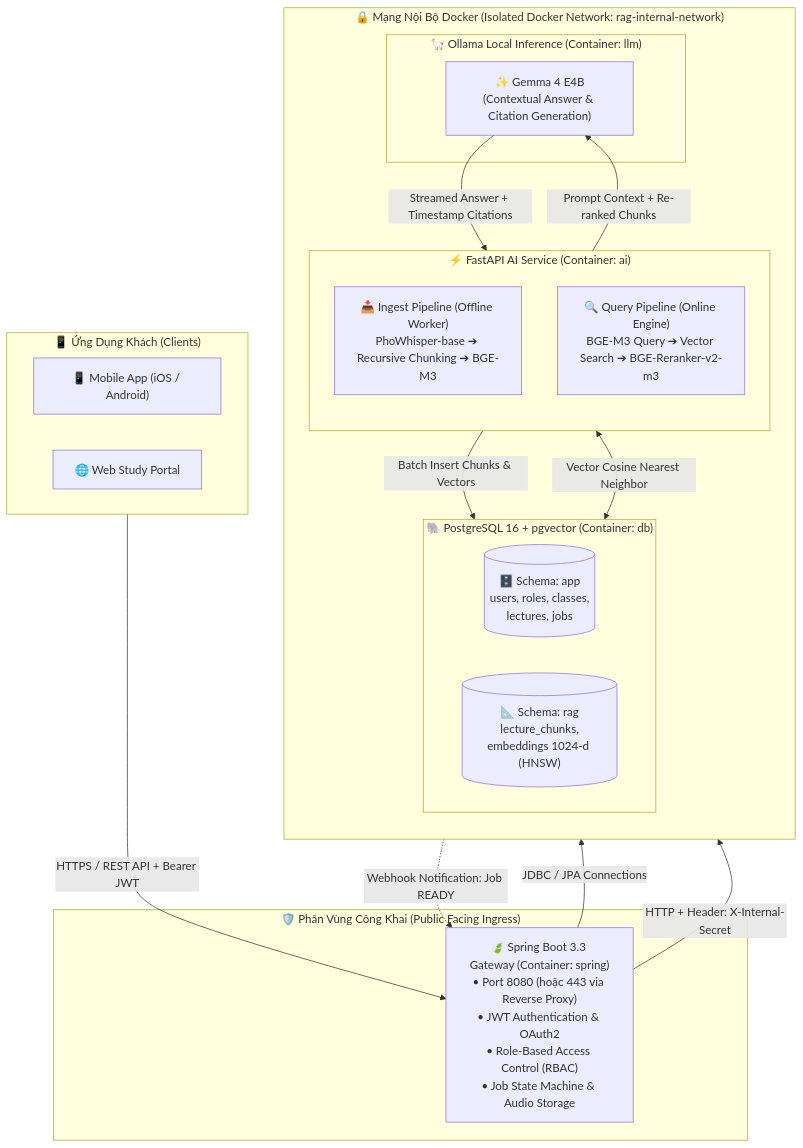
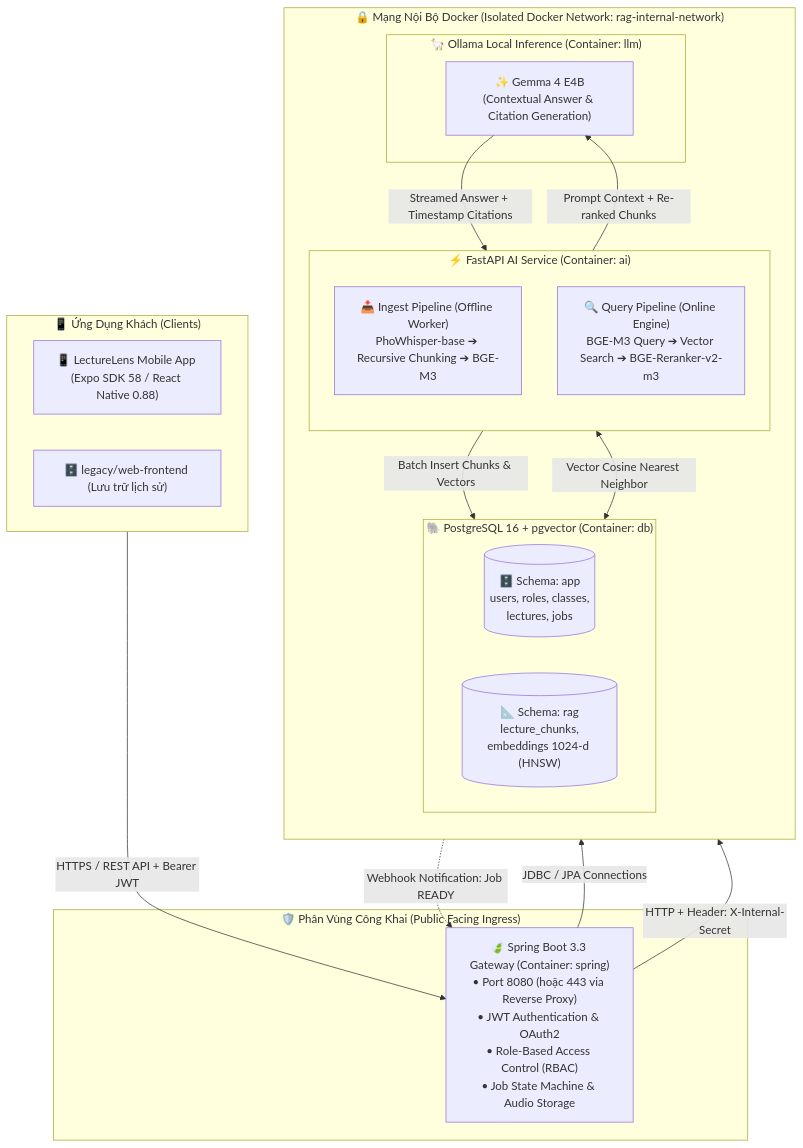
The first of 3 diagrams in backend/README.md (cthanhdev/Lecture_Lens), drawn with Mermaid before and after one commit. The commit also changed other lines of this file and 11 other files, not shown here.

````diff
--- a/backend/README.md
+++ b/backend/README.md
@@ -62,41 +62,41 @@
 ```mermaid
 flowchart TD
     subgraph Clients ["📱 Ứng Dụng Khách (Clients)"]
-        MOBILE["📱 Mobile App (iOS / Android)"]
-        WEB["🌐 Web Study Portal"]
+        MOBILE["📱 LectureLens Mobile App (Expo SDK 58 / React Native 0.88)"]
+        LEGACY["🗄️ legacy/web-frontend (Lưu trữ lịch sử)"]
     end
 
     subgraph PublicDMZ ["🛡️ Phân Vùng Công Khai (Public Facing Ingress)"]
         SB["🍃 Spring Boot 3.3 Gateway (Container: spring)<br/>• Port 8080 (hoặc 443 via Reverse Proxy)<br/>• JWT Authentication & OAuth2<br/>• Role-Based Access Control (RBAC)<br/>• Job State Machine & Audio Storage"]
     end
 
     Clients -->|HTTPS / REST API + Bearer JWT| SB
 
     subgraph PrivateSubnet ["🔒 Mạng Nội Bộ Docker (Isolated Docker Network: rag-internal-network)"]
         direction TB
 
         subgraph AIService ["⚡ FastAPI AI Service (Container: ai)"]
             direction TB
             INGEST_FLOW["📥 Ingest Pipeline (Offline Worker)<br/>PhoWhisper-base ➔ Recursive Chunking ➔ BGE-M3"]
             QUERY_FLOW["🔍 Query Pipeline (Online Engine)<br/>BGE-M3 Query ➔ Vector Search ➔ BGE-Reranker-v2-m3"]
         end
 
         subgraph StorageLayer ["🐘 PostgreSQL 16 + pgvector (Container: db)"]
             direction LR
             SCHEMA_APP[("🗄️ Schema: app<br/>users, roles, classes,<br/>lectures, jobs")]
             SCHEMA_RAG[("📐 Schema: rag<br/>lecture_chunks,<br/>embeddings 1024-d (HNSW)")]
         end
 
         subgraph LLMRuntime ["🦙 Ollama Local Inference (Container: llm)"]
             GEMMA["✨ Gemma 4 E4B<br/>(Contextual Answer & Citation Generation)"]
         end
     end
 
     SB -->|HTTP + Header: X-Internal-Secret| AIService
     SB -->|JDBC / JPA Connections| SCHEMA_APP
     INGEST_FLOW -->|Batch Insert Chunks & Vectors| SCHEMA_RAG
     QUERY_FLOW <-->|Vector Cosine Nearest Neighbor| SCHEMA_RAG
     QUERY_FLOW -->|Prompt Context + Re-ranked Chunks| GEMMA
     GEMMA -->|Streamed Answer + Timestamp Citations| QUERY_FLOW
     AIService -.->|Webhook Notification: Job READY| SB
 ```
````
